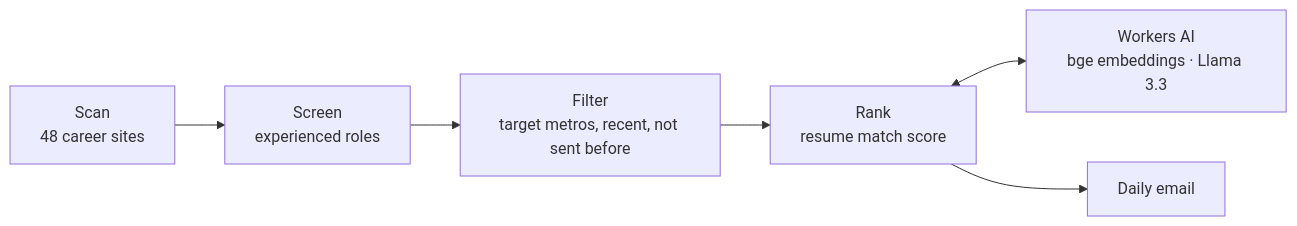
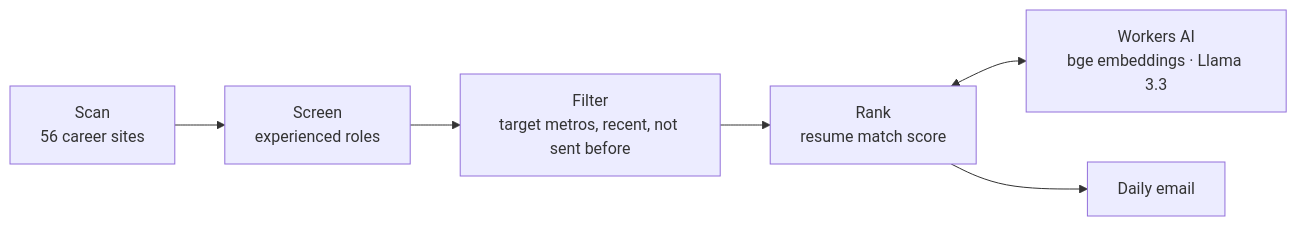
One commit to BlueSaNGG/job-search-agent changed the diagram in README.md. Above: the diagram before and after it, drawn with Mermaid. The commit also changed other lines of this file, not shown here.

````diff
--- a/README.md
+++ b/README.md
@@ -5,8 +5,8 @@
 ```mermaid
 flowchart LR
-  SC["Scan<br/>48 career sites"] --> CL["Screen<br/>experienced roles"]
+  SC["Scan<br/>56 career sites"] --> CL["Screen<br/>experienced roles"]
   CL --> FI["Filter<br/>target metros, recent, not sent before"]
   FI --> RK["Rank<br/>resume match score"]
   RK <--> AI["Workers AI<br/>bge embeddings · Llama 3.3"]
   RK --> MAIL["Daily email"]
 ```
````
